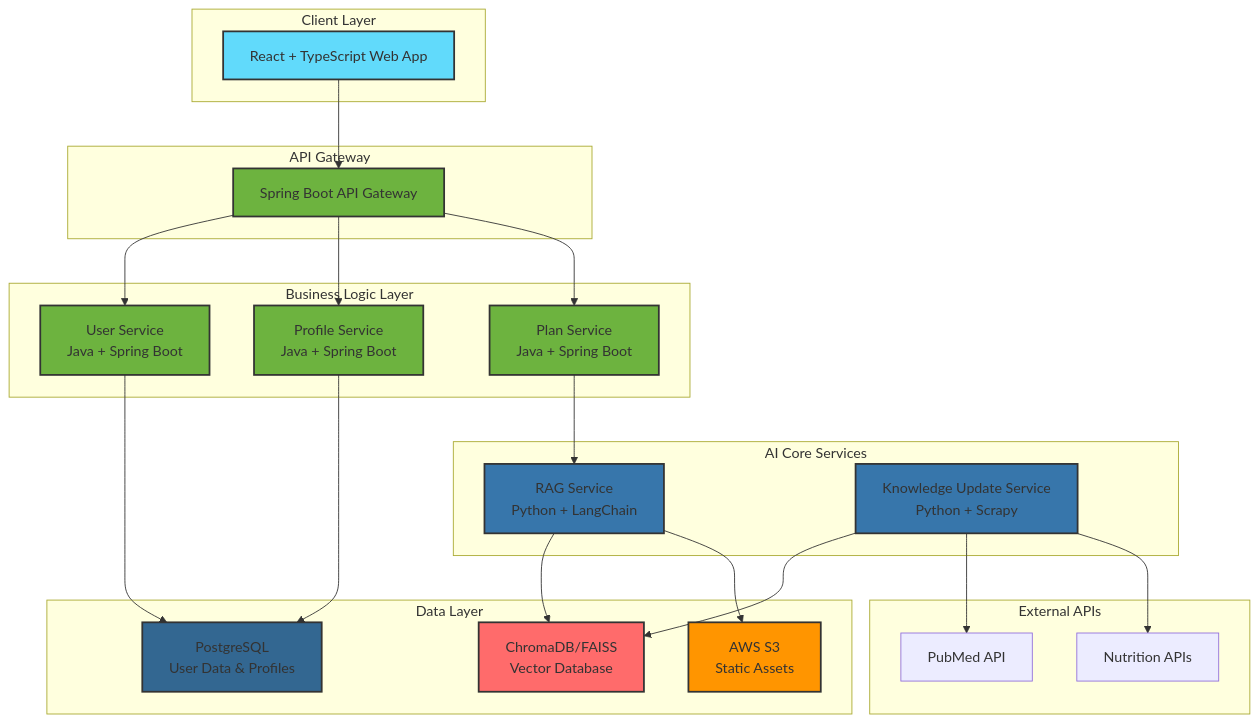
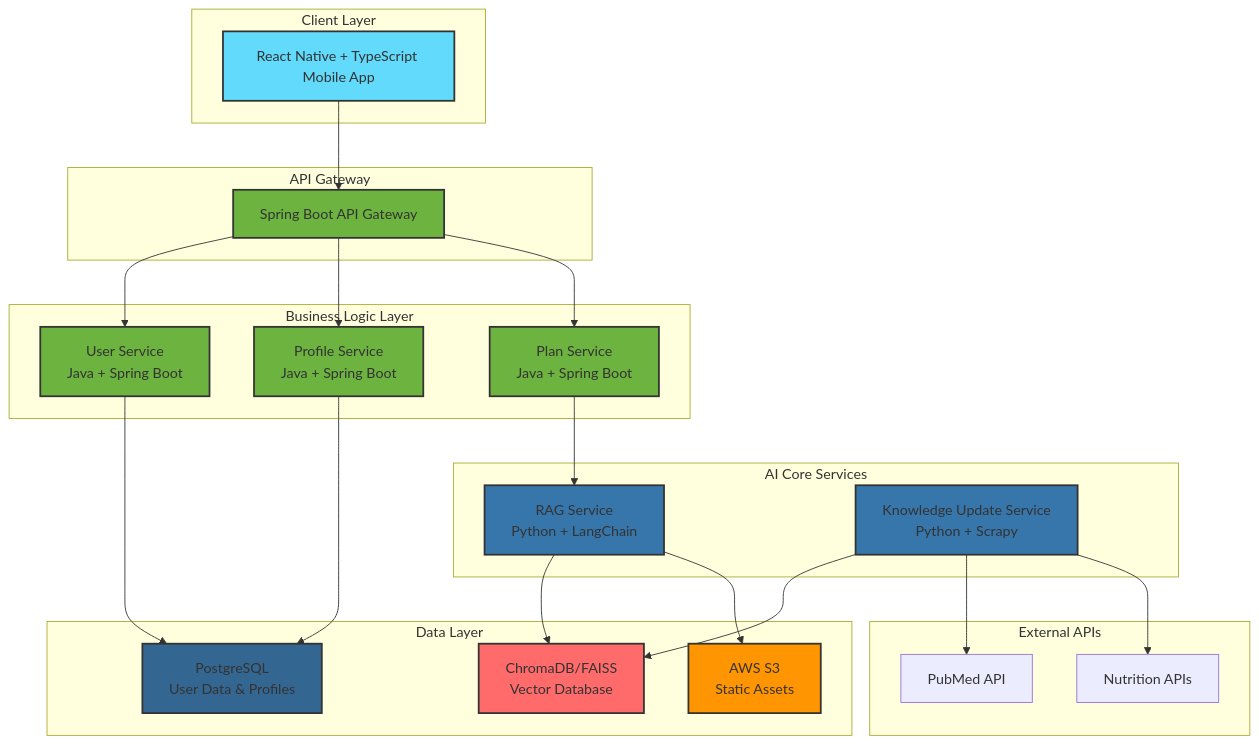
One commit to Chaos-cyber223/BodyMind_AI changed the diagram in README.md. Above: the diagram before and after it, drawn with Mermaid. The commit also changed other lines of this file and 26 other files, not shown here.

````diff
--- a/README.md
+++ b/README.md
@@ -32,56 +32,56 @@
 ```mermaid
 graph TD
     subgraph "Client Layer"
-        A[React + TypeScript Web App]
+        A[React Native + TypeScript Mobile App]
     end
     
     subgraph "API Gateway"
         B[Spring Boot API Gateway]
     end
     
     subgraph "Business Logic Layer"
         C[User Service<br/>Java + Spring Boot]
         D[Profile Service<br/>Java + Spring Boot]
         E[Plan Service<br/>Java + Spring Boot]
     end
     
     subgraph "AI Core Services"
         F[RAG Service<br/>Python + LangChain]
         G[Knowledge Update Service<br/>Python + Scrapy]
     end
     
     subgraph "Data Layer"
         H[PostgreSQL<br/>User Data & Profiles]
         I[ChromaDB/FAISS<br/>Vector Database]
         J[AWS S3<br/>Static Assets]
     end
     
     subgraph "External APIs"
         K[PubMed API]
         L[Nutrition APIs]
     end
     
     A --> B
     B --> C
     B --> D
     B --> E
     C --> H
     D --> H
     E --> F
     F --> I
     G --> I
     G --> K
     G --> L
     F --> J
     
     style A fill:#61dafb,stroke:#333,stroke-width:2px
     style B fill:#6db33f,stroke:#333,stroke-width:2px
     style C fill:#6db33f,stroke:#333,stroke-width:2px
     style D fill:#6db33f,stroke:#333,stroke-width:2px
     style E fill:#6db33f,stroke:#333,stroke-width:2px
     style F fill:#3776ab,stroke:#333,stroke-width:2px
     style G fill:#3776ab,stroke:#333,stroke-width:2px
     style H fill:#336791,stroke:#333,stroke-width:2px
     style I fill:#ff6b6b,stroke:#333,stroke-width:2px
     style J fill:#ff9500,stroke:#333,stroke-width:2px
 ```
````
